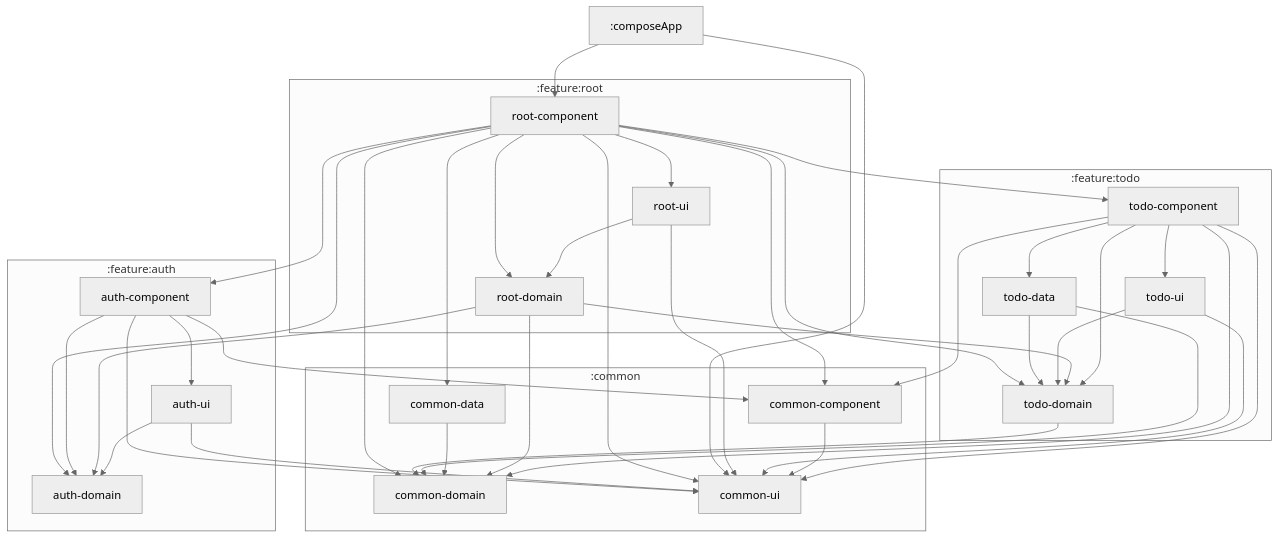
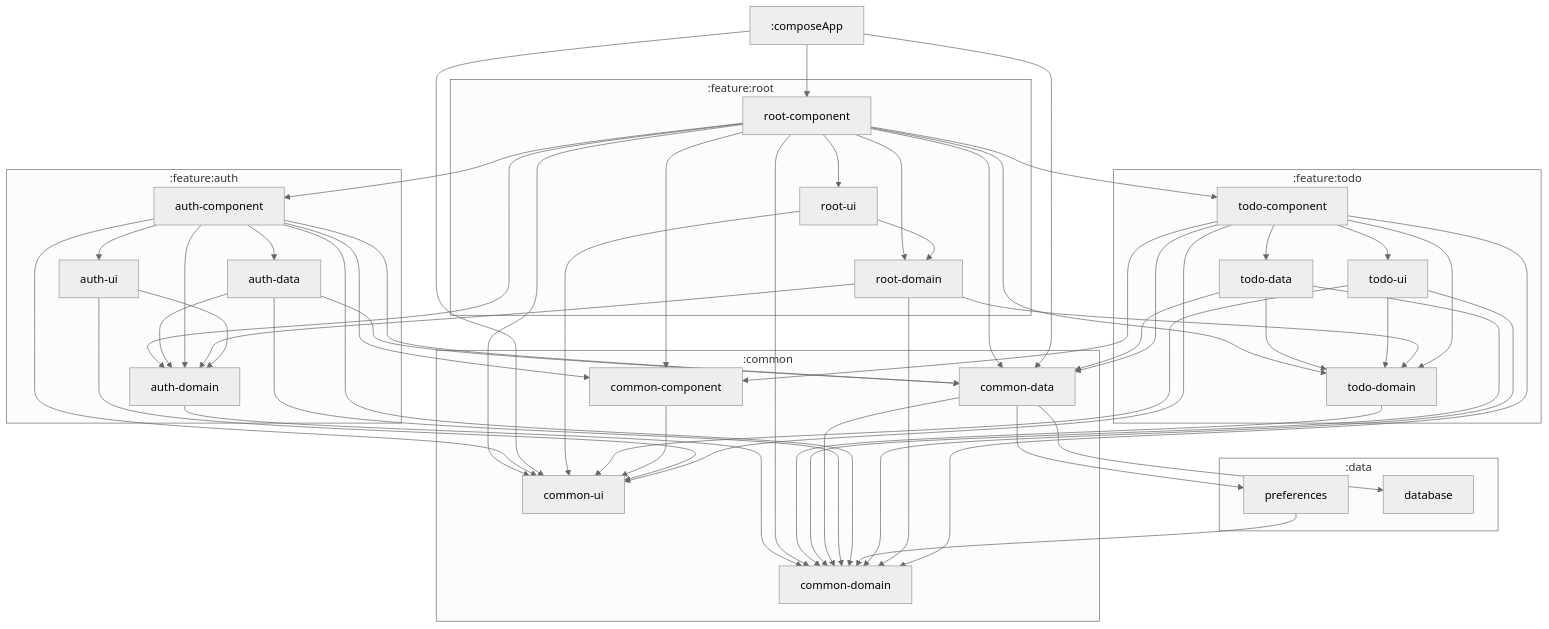
One commit to VasilyRylov/architecture-samples changed the diagram in README.MD. Above: the diagram before and after it, drawn with Mermaid. The commit also changed other lines of this file and 122 other files, not shown here.

````diff
--- a/README.MD
+++ b/README.MD
@@ -36,10 +34,15 @@
     :common:common-ui["common-ui"]
     :common:common-data["common-data"]
   end
+  subgraph :data
+    :data:preferences["preferences"]
+    :data:database["database"]
+  end
   subgraph :feature:auth
     :feature:auth:auth-ui["auth-ui"]
     :feature:auth:auth-domain["auth-domain"]
     :feature:auth:auth-component["auth-component"]
+    :feature:auth:auth-data["auth-data"]
   end
   subgraph :feature:root
     :feature:root:root-domain["root-domain"]
@@ -58,6 +61,7 @@
   :feature:todo:todo-component --> :common:common-component
   :feature:todo:todo-component --> :common:common-domain
   :feature:todo:todo-component --> :common:common-ui
+  :feature:todo:todo-component --> :common:common-data
   :feature:auth:auth-ui --> :common:common-ui
   :feature:auth:auth-ui --> :feature:auth:auth-domain
   :feature:root:root-domain --> :common:common-domain
@@ -65,18 +69,30 @@
   :feature:root:root-domain --> :feature:todo:todo-domain
   :common:common-component --> :common:common-ui
   :feature:todo:todo-ui --> :common:common-ui
+  :feature:todo:todo-ui --> :common:common-domain
   :feature:todo:todo-ui --> :feature:todo:todo-domain
   :feature:root:root-ui --> :common:common-ui
   :feature:root:root-ui --> :feature:root:root-domain
+  :data:preferences --> :common:common-domain
   :composeApp --> :feature:root:root-component
   :composeApp --> :common:common-ui
+  :composeApp --> :common:common-data
   :feature:auth:auth-component --> :feature:auth:auth-ui
   :feature:auth:auth-component --> :feature:auth:auth-domain
+  :feature:auth:auth-component --> :feature:auth:auth-data
   :feature:auth:auth-component --> :common:common-component
   :feature:auth:auth-component --> :common:common-ui
+  :feature:auth:auth-component --> :common:common-domain
+  :feature:auth:auth-component --> :common:common-data
+  :feature:auth:auth-data --> :feature:auth:auth-domain
+  :feature:auth:auth-data --> :common:common-domain
+  :feature:auth:auth-data --> :common:common-data
+  :common:common-data --> :data:preferences
+  :common:common-data --> :data:database
   :common:common-data --> :common:common-domain
   :feature:todo:todo-data --> :feature:todo:todo-domain
   :feature:todo:todo-data --> :common:common-domain
+  :feature:todo:todo-data --> :common:common-data
   :feature:todo:todo-domain --> :common:common-domain
   :feature:root:root-component --> :feature:root:root-ui
   :feature:root:root-component --> :feature:root:root-domain
@@ -88,4 +104,5 @@
   :feature:root:root-component --> :common:common-domain
   :feature:root:root-component --> :common:common-ui
   :feature:root:root-component --> :common:common-data
+  :feature:auth:auth-domain --> :common:common-domain
 ```
````
